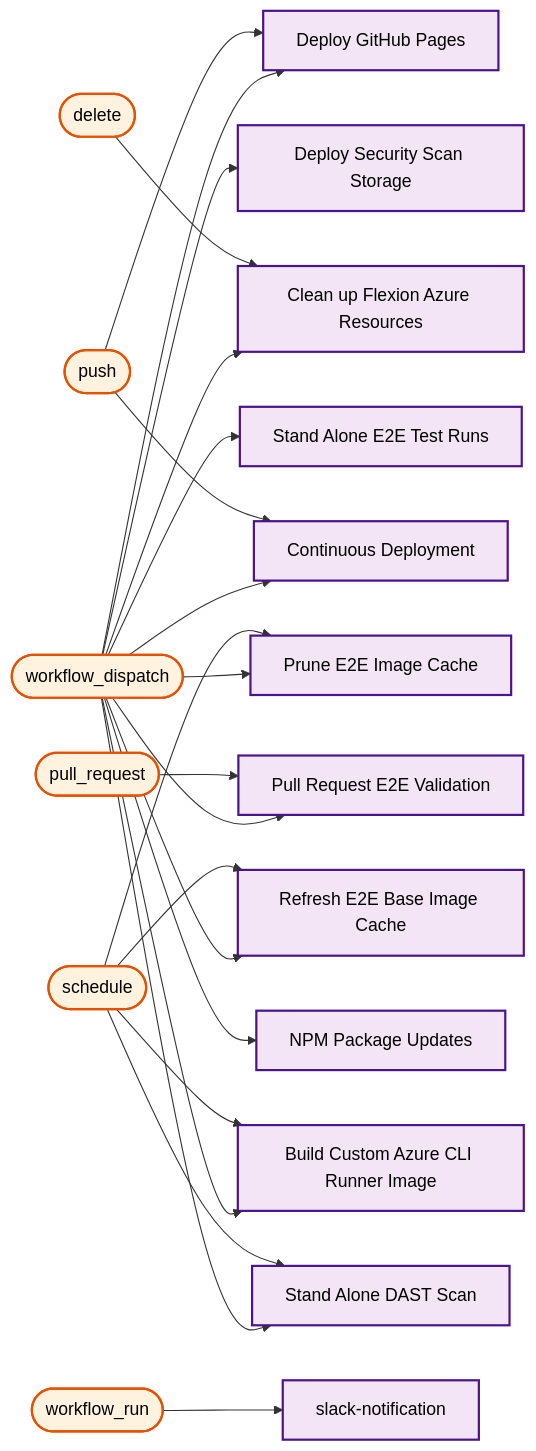
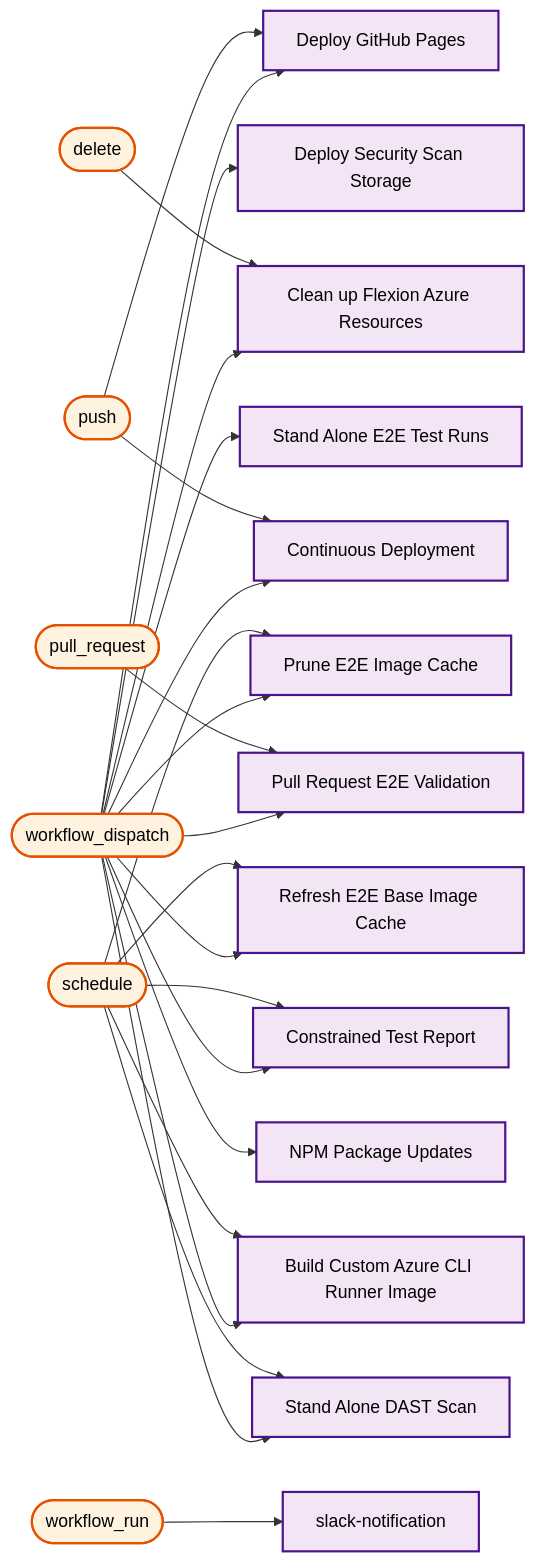
Diagram 26 of 26 in docs/operations/workflow-diagram.md (US-Trustee-Program/Bankruptcy-Oversight-Support-Systems), drawn with Mermaid before and after one commit. The commit also changed other lines of this file and 1 other file, not shown here.

First line of the commit message:
Add periodic constrained test report workflow

````diff
--- a/docs/operations/workflow-diagram.md
+++ b/docs/operations/workflow-diagram.md
@@ -1513,72 +1543,77 @@
 ```mermaid
 flowchart LR
     trigger_workflow_dispatch(["workflow_dispatch"])
     deploy_security_scan_storage_yml["Deploy Security Scan Storage"]
     deploy_pages_yml["Deploy GitHub Pages"]
     e2e_test_yml["Stand Alone E2E Test Runs"]
     azure_remove_branch_yml["Clean up Flexion Azure Resources"]
     prune_e2e_image_cache_yml["Prune E2E Image Cache"]
     refresh_e2e_base_images_yml["Refresh E2E Base Image Cache"]
     pr_validation_yml["Pull Request E2E Validation"]
+    constrained_test_report_yml["Constrained Test Report"]
     continuous_deployment_yml["Continuous Deployment"]
     build_azure_cli_image_yml["Build Custom Azure CLI Runner Image"]
     dast_scan_yml["Stand Alone DAST Scan"]
     update_dependencies_yml["NPM Package Updates"]
     trigger_push(["push"])
     deploy_pages_yml["Deploy GitHub Pages"]
     continuous_deployment_yml["Continuous Deployment"]
     trigger_delete(["delete"])
     azure_remove_branch_yml["Clean up Flexion Azure Resources"]
     trigger_schedule(["schedule"])
     prune_e2e_image_cache_yml["Prune E2E Image Cache"]
     refresh_e2e_base_images_yml["Refresh E2E Base Image Cache"]
+    constrained_test_report_yml["Constrained Test Report"]
     build_azure_cli_image_yml["Build Custom Azure CLI Runner Image"]
     dast_scan_yml["Stand Alone DAST Scan"]
     trigger_pull_request(["pull_request"])
     pr_validation_yml["Pull Request E2E Validation"]
     trigger_workflow_run(["workflow_run"])
     slack_notification_yml["slack-notification"]
 
     trigger_workflow_dispatch --> deploy_security_scan_storage_yml
     trigger_workflow_dispatch --> deploy_pages_yml
     trigger_workflow_dispatch --> e2e_test_yml
     trigger_workflow_dispatch --> azure_remove_branch_yml
     trigger_workflow_dispatch --> prune_e2e_image_cache_yml
     trigger_workflow_dispatch --> refresh_e2e_base_images_yml
     trigger_workflow_dispatch --> pr_validation_yml
+    trigger_workflow_dispatch --> constrained_test_report_yml
     trigger_workflow_dispatch --> continuous_deployment_yml
     trigger_workflow_dispatch --> build_azure_cli_image_yml
     trigger_workflow_dispatch --> dast_scan_yml
     trigger_workflow_dispatch --> update_dependencies_yml
     trigger_push --> deploy_pages_yml
     trigger_push --> continuous_deployment_yml
     trigger_delete --> azure_remove_branch_yml
     trigger_schedule --> prune_e2e_image_cache_yml
     trigger_schedule --> refresh_e2e_base_images_yml
+    trigger_schedule --> constrained_test_report_yml
     trigger_schedule --> build_azure_cli_image_yml
     trigger_schedule --> dast_scan_yml
     trigger_pull_request --> pr_validation_yml
     trigger_workflow_run --> slack_notification_yml
 
     classDef mainWorkflow fill:#f3e5f5,stroke:#4a148c,stroke-width:2px,color:#000000
     classDef trigger fill:#fff3e0,stroke:#e65100,stroke-width:2px,color:#000000
 
     class trigger_workflow_dispatch trigger
     class trigger_push trigger
     class trigger_delete trigger
     class trigger_schedule trigger
     class trigger_pull_request trigger
     class trigger_workflow_run trigger
     class deploy_security_scan_storage_yml mainWorkflow
     class deploy_pages_yml mainWorkflow
     class e2e_test_yml mainWorkflow
     class azure_remove_branch_yml mainWorkflow
     class prune_e2e_image_cache_yml mainWorkflow
     class refresh_e2e_base_images_yml mainWorkflow
     class pr_validation_yml mainWorkflow
+    class constrained_test_report_yml mainWorkflow
     class continuous_deployment_yml mainWorkflow
     class build_azure_cli_image_yml mainWorkflow
     class dast_scan_yml mainWorkflow
     class update_dependencies_yml mainWorkflow
     class slack_notification_yml mainWorkflow
 ```
````
